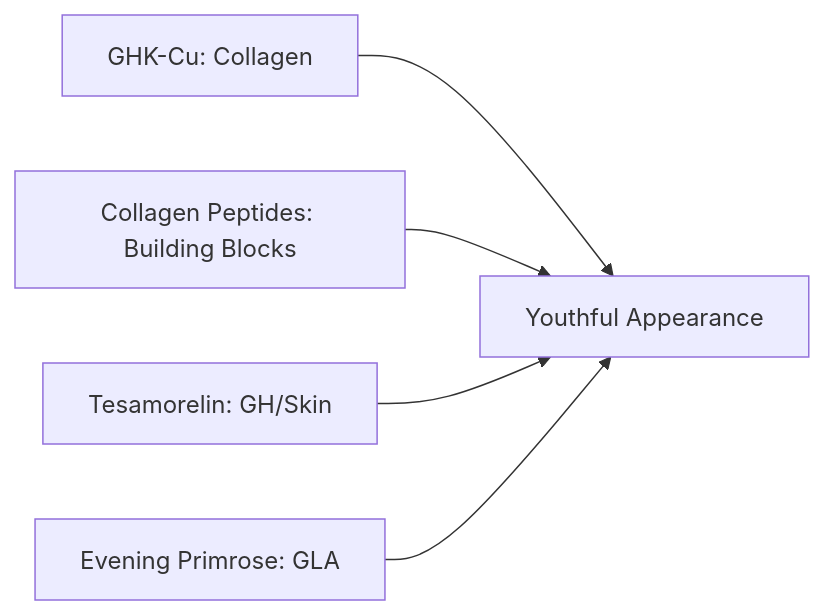
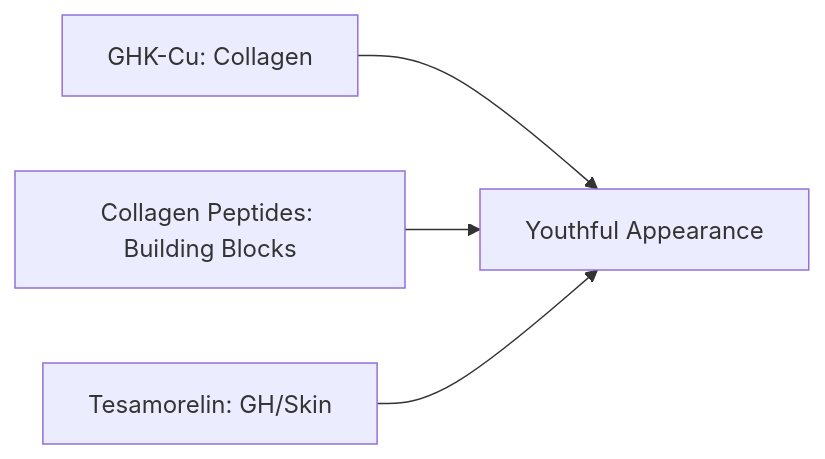
One commit to 199-biotechnologies/199-peptides changed the second of 8 diagrams in protocols/athena-protocol.md. Above: the diagram before and after it, drawn with Mermaid. The commit also changed other lines of this file and 1 other file, not shown here.

````diff
--- a/protocols/athena-protocol.md
+++ b/protocols/athena-protocol.md
@@ -89,7 +93,6 @@
 ```mermaid
 flowchart LR
     GHK[GHK-Cu: Collagen] --> S[Youthful Appearance]
     COL[Collagen Peptides: Building Blocks] --> S
     TES[Tesamorelin: GH/Skin] --> S
-    EPO[Evening Primrose: GLA] --> S
 ```
````
